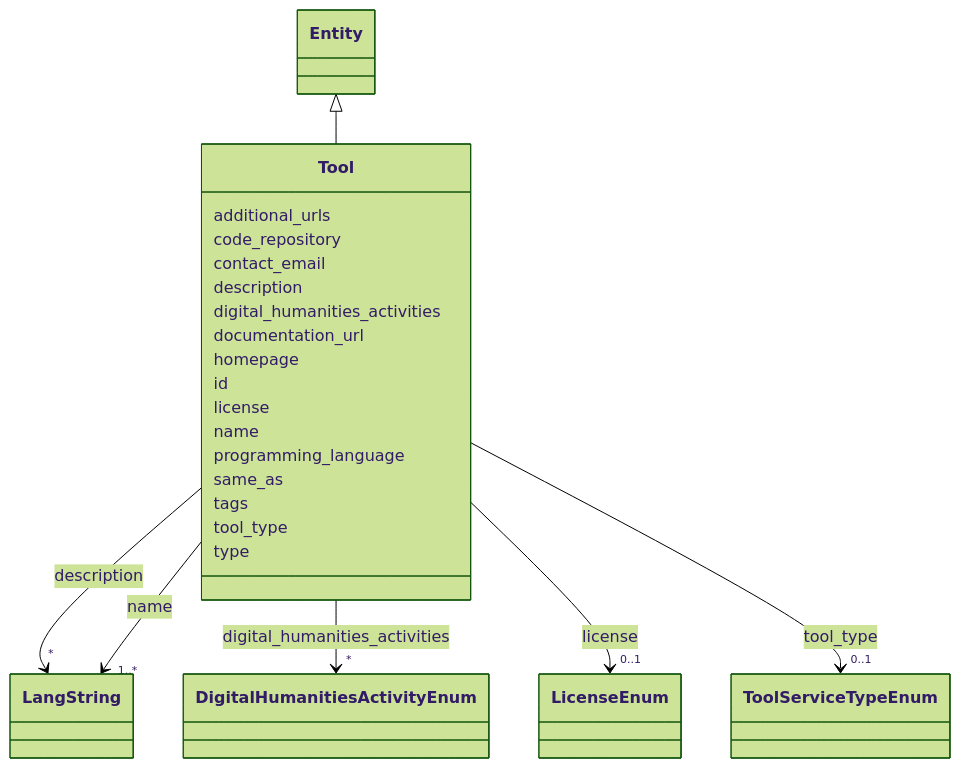
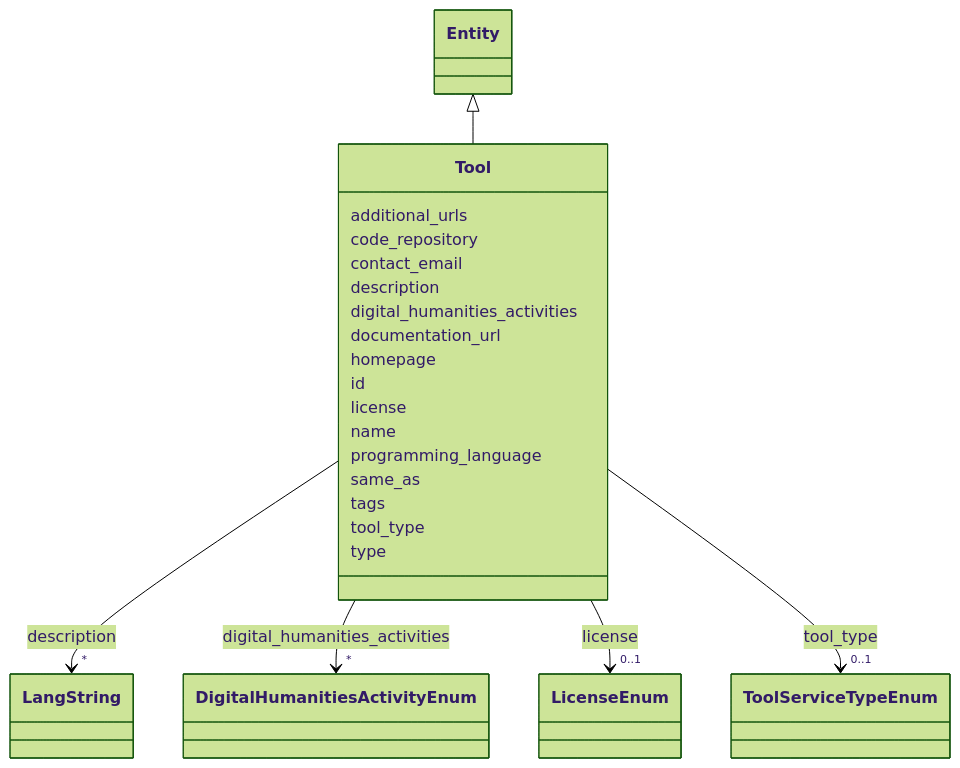
One commit to DARIAH-IL/idhi-manifests changed the diagram in docs/classes/Tool.md. Above: the diagram before and after it, drawn with Mermaid (forest theme). The commit also changed other lines of this file and 52 other files, not shown here.

```diff
--- a/docs/classes/Tool.md
+++ b/docs/classes/Tool.md
@@ -81,17 +81,6 @@
         
       Tool : name
         
-          
-    
-        
-        
-        Tool --> "1..*" LangString : name
-        
-        click LangString href "../../classes/LangString/"
-        
-    
-
-        
       Tool : programming_language
         
       Tool : same_as
```
